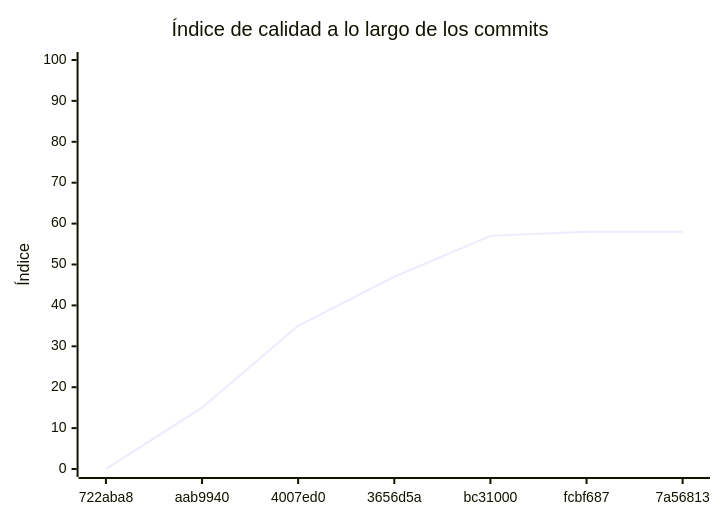
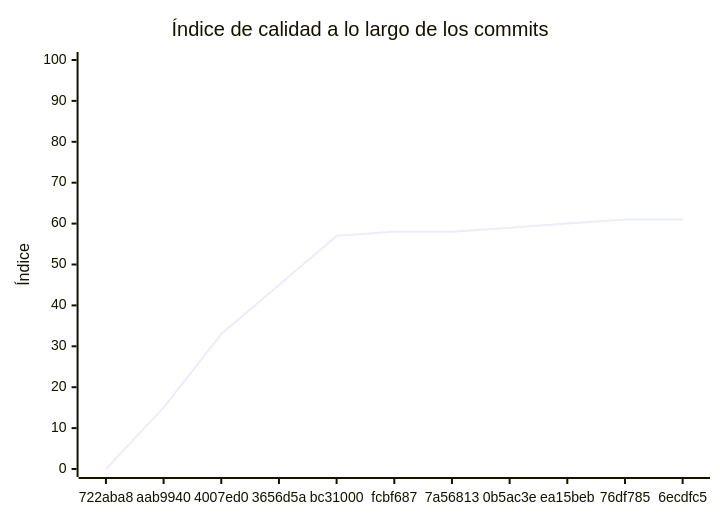
One commit to prog2-portal-rocio/svc-turnos changed the diagram in docs/EVALUACION.md. Above: the diagram before and after it, drawn with Mermaid. The commit also changed other lines of this file and 1 other file, not shown here.

````diff
--- a/docs/EVALUACION.md
+++ b/docs/EVALUACION.md
@@ -159,7 +176,7 @@
 ```mermaid
 xychart-beta
     title "Índice de calidad a lo largo de los commits"
-    x-axis ["722aba8", "aab9940", "4007ed0", "3656d5a", "bc31000", "fcbf687", "7a56813"]
+    x-axis ["722aba8", "aab9940", "4007ed0", "3656d5a", "bc31000", "fcbf687", "7a56813", "0b5ac3e", "ea15beb", "76df785", "6ecdfc5"]
     y-axis "Índice" 0 --> 100
-    line [0, 15, 35, 47, 57, 58, 58]
+    line [0, 15, 33, 45, 57, 58, 58, 59, 60, 61, 61]
 ```
````
